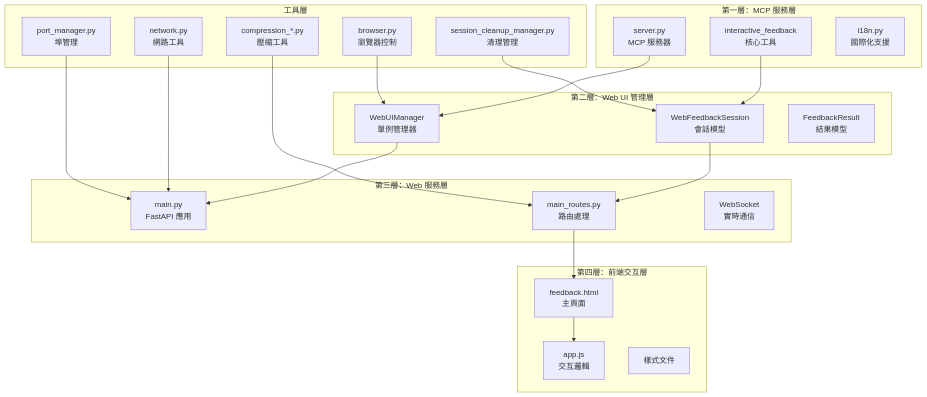
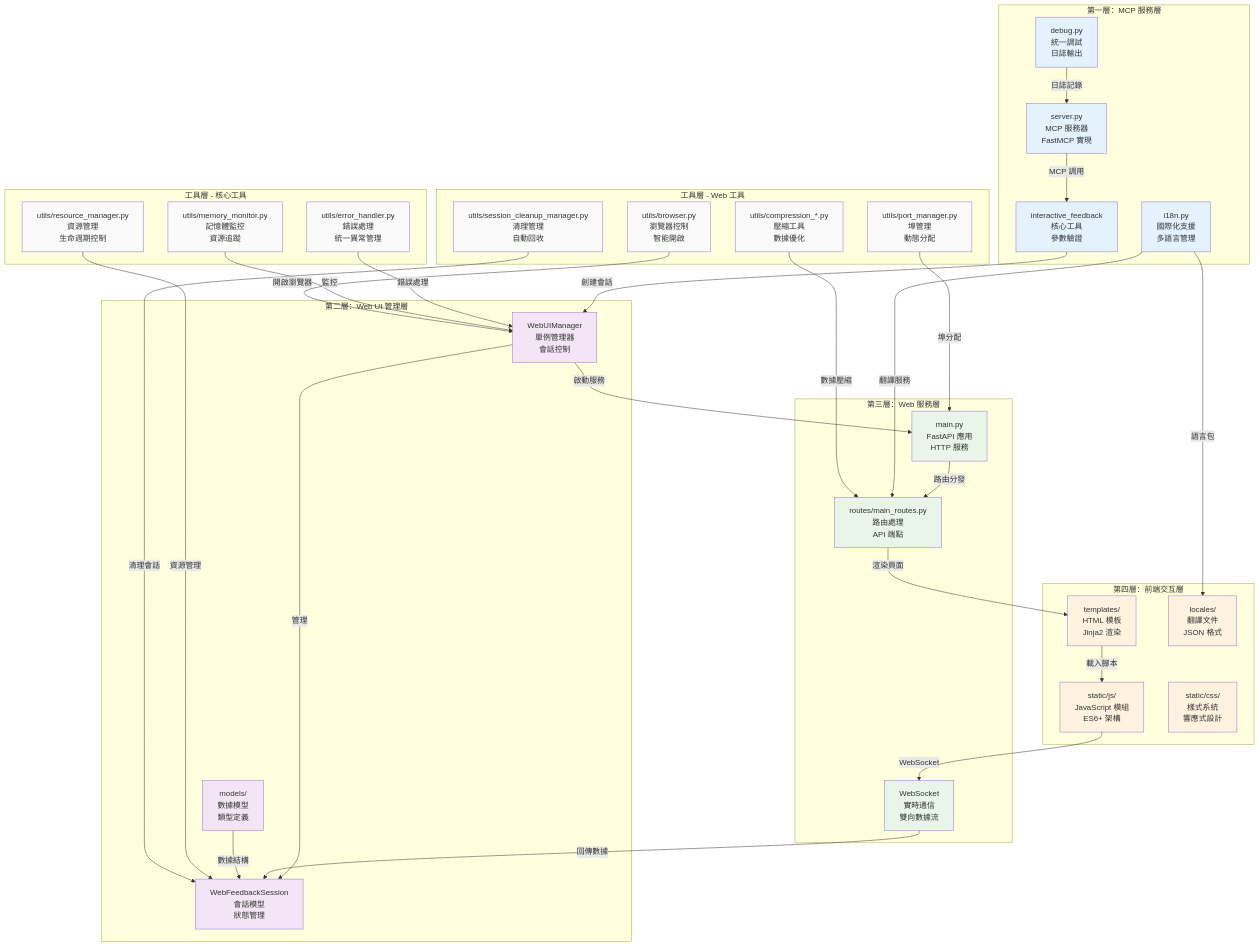
The first of 7 diagrams in docs/architecture/component-details.md (zetxtech/mcp-feedback-enhanced), drawn with Mermaid before and after one commit. The commit also changed other lines of this file and 4 other files, not shown here.

````diff
--- a/docs/architecture/component-details.md
+++ b/docs/architecture/component-details.md
@@ -9,47 +17,80 @@
 ```mermaid
 graph TB
     subgraph "第一層：MCP 服務層"
-        SERVER[server.py<br/>MCP 服務器]
-        TOOL[interactive_feedback<br/>核心工具]
-        I18N[i18n.py<br/>國際化支援]
+        SERVER[server.py<br/>MCP 服務器<br/>FastMCP 實現]
+        TOOL[interactive_feedback<br/>核心工具<br/>參數驗證]
+        I18N[i18n.py<br/>國際化支援<br/>多語言管理]
+        DEBUG[debug.py<br/>統一調試<br/>日誌輸出]
     end
 
     subgraph "第二層：Web UI 管理層"
-        MANAGER[WebUIManager<br/>單例管理器]
-        SESSION[WebFeedbackSession<br/>會話模型]
-        RESULT[FeedbackResult<br/>結果模型]
+        MANAGER[WebUIManager<br/>單例管理器<br/>會話控制]
+        SESSION[WebFeedbackSession<br/>會話模型<br/>狀態管理]
+        MODELS[models/<br/>數據模型<br/>類型定義]
     end
 
     subgraph "第三層：Web 服務層"
-        MAIN[main.py<br/>FastAPI 應用]
-        ROUTES[main_routes.py<br/>路由處理]
-        WS[WebSocket<br/>實時通信]
+        MAIN[main.py<br/>FastAPI 應用<br/>HTTP 服務]
+        ROUTES[routes/main_routes.py<br/>路由處理<br/>API 端點]
+        WS[WebSocket<br/>實時通信<br/>雙向數據流]
     end
 
     subgraph "第四層：前端交互層"
-        HTML[feedback.html<br/>主頁面]
-        JS[app.js<br/>交互邏輯]
-        CSS[樣式文件]
+        HTML[templates/<br/>HTML 模板<br/>Jinja2 渲染]
+        JS[static/js/<br/>JavaScript 模組<br/>ES6+ 架構]
+        CSS[static/css/<br/>樣式系統<br/>響應式設計]
+        LOCALES[locales/<br/>翻譯文件<br/>JSON 格式]
     end
 
-    subgraph "工具層"
-        BROWSER[browser.py<br/>瀏覽器控制]
-        NETWORK[network.py<br/>網路工具]
-        PORT[port_manager.py<br/>埠管理]
-        CLEANUP[session_cleanup_manager.py<br/>清理管理]
-        COMPRESS[compression_*.py<br/>壓縮工具]
+    subgraph "工具層 - 核心工具"
+        ERROR[utils/error_handler.py<br/>錯誤處理<br/>統一異常管理]
+        MEMORY[utils/memory_monitor.py<br/>記憶體監控<br/>資源追蹤]
+        RESOURCE[utils/resource_manager.py<br/>資源管理<br/>生命週期控制]
     end
 
-    SERVER --> MANAGER
-    TOOL --> SESSION
-    MANAGER --> MAIN
-    SESSION --> ROUTES
-    ROUTES --> HTML
-    HTML --> JS
+    subgraph "工具層 - Web 工具"
+        BROWSER[utils/browser.py<br/>瀏覽器控制<br/>智能開啟]
+        PORT[utils/port_manager.py<br/>埠管理<br/>動態分配]
+        COMPRESS[utils/compression_*.py<br/>壓縮工具<br/>數據優化]
+        CLEANUP[utils/session_cleanup_manager.py<br/>清理管理<br/>自動回收]
+    end
 
-    BROWSER --> MANAGER
-    NETWORK --> MAIN
-    PORT --> MAIN
-    CLEANUP --> SESSION
-    COMPRESS --> ROUTES
+    %% 主要數據流
+    SERVER -->|MCP 調用| TOOL
+    TOOL -->|創建會話| MANAGER
+    MANAGER -->|管理| SESSION
+    MANAGER -->|啟動服務| MAIN
+    MAIN -->|路由分發| ROUTES
+    ROUTES -->|渲染頁面| HTML
+    HTML -->|載入腳本| JS
+    JS -->|WebSocket| WS
+    WS -->|回傳數據| SESSION
+
+    %% 支援服務
+    I18N -->|翻譯服務| ROUTES
+    I18N -->|語言包| LOCALES
+    DEBUG -->|日誌記錄| SERVER
+    MODELS -->|數據結構| SESSION
+
+    %% 工具層支援
+    ERROR -->|錯誤處理| MANAGER
+    MEMORY -->|監控| MANAGER
+    RESOURCE -->|資源管理| SESSION
+    BROWSER -->|開啟瀏覽器| MANAGER
+    PORT -->|埠分配| MAIN
+    COMPRESS -->|數據壓縮| ROUTES
+    CLEANUP -->|清理會話| SESSION
+
+    %% 樣式定義
+    classDef layer1 fill:#e3f2fd
+    classDef layer2 fill:#f3e5f5
+    classDef layer3 fill:#e8f5e8
+    classDef layer4 fill:#fff3e0
+    classDef tools fill:#fafafa
+
+    class SERVER,TOOL,I18N,DEBUG layer1
+    class MANAGER,SESSION,MODELS layer2
+    class MAIN,ROUTES,WS layer3
+    class HTML,JS,CSS,LOCALES layer4
+    class ERROR,MEMORY,RESOURCE,BROWSER,PORT,COMPRESS,CLEANUP tools
 ```
````
